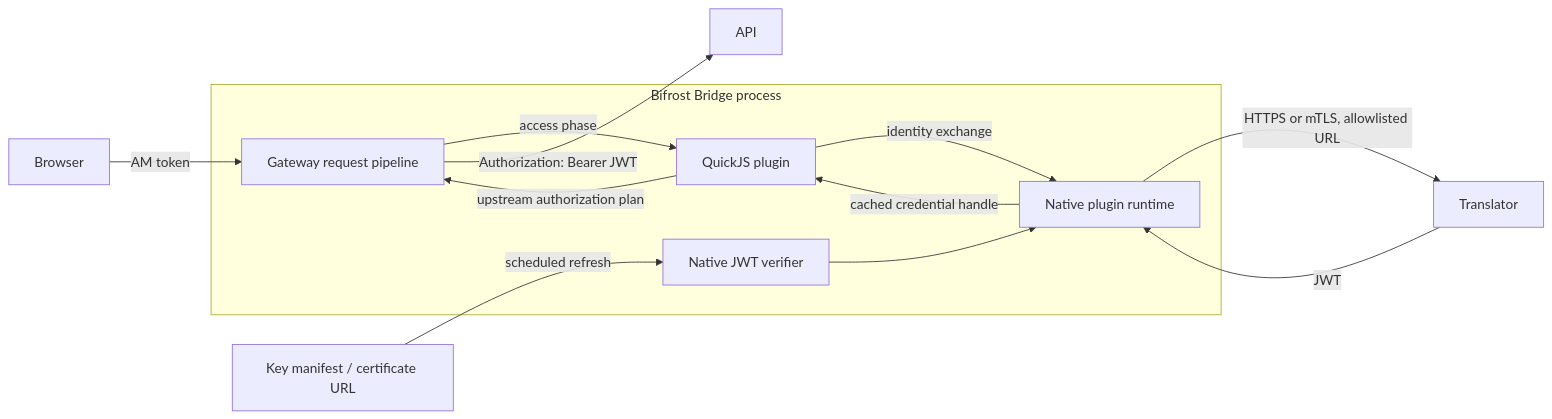
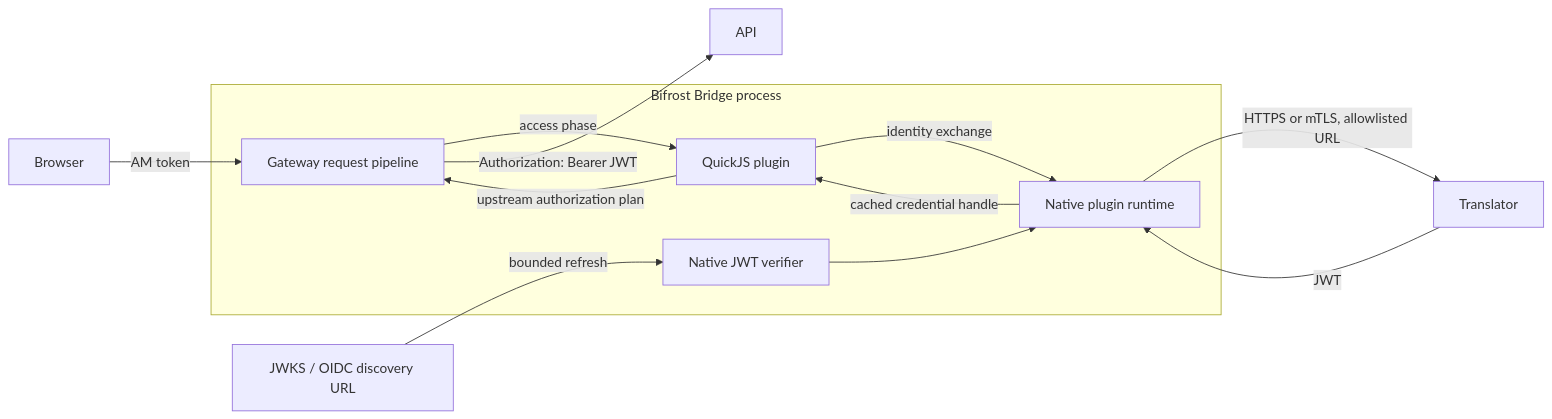
One commit to ShanGor/Bifrost-Bridge changed the diagram in docs/plugin-design.md. Above: the diagram before and after it, drawn with Mermaid. The commit also changed other lines of this file and 15 other files, not shown here.

````diff
--- a/docs/plugin-design.md
+++ b/docs/plugin-design.md
@@ -25,19 +26,19 @@
 ```mermaid
 flowchart LR
     Browser -->|AM token| Gateway
     subgraph Bifrost["Bifrost Bridge process"]
         Gateway["Gateway request pipeline"]
         Plugin["QuickJS plugin"]
         Runtime["Native plugin runtime"]
         JWTVerifier["Native JWT verifier"]
         Gateway -->|access phase| Plugin
         Plugin -->|identity exchange| Runtime
         Runtime -->|cached credential handle| Plugin
         JWTVerifier --> Runtime
     end
     Runtime -->|HTTPS or mTLS, allowlisted URL| Translator
     Translator -->|JWT| Runtime
     Plugin -->|upstream authorization plan| Gateway
     Gateway -->|Authorization: Bearer JWT| API
-    KeyManifest[Key manifest / certificate URL] -->|scheduled refresh| JWTVerifier
+    KeyManifest[JWKS / OIDC discovery URL] -->|bounded refresh| JWTVerifier
 ```
````
